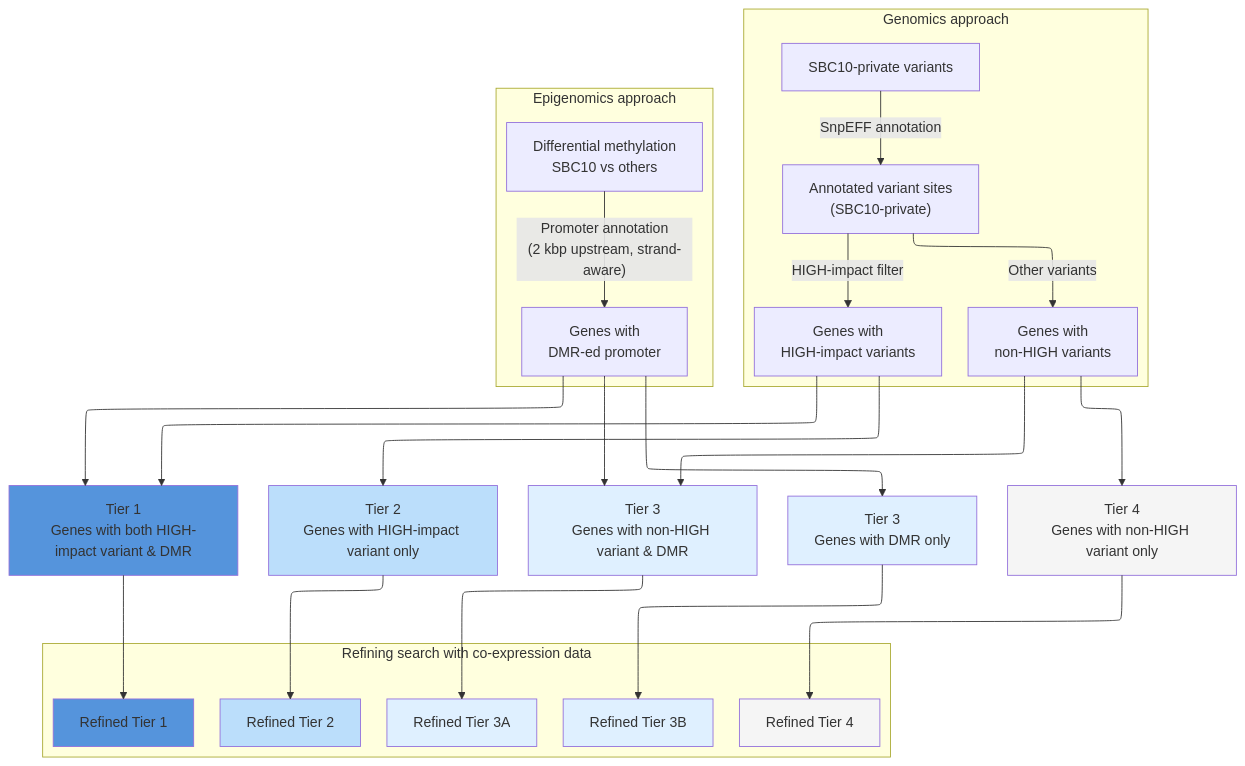
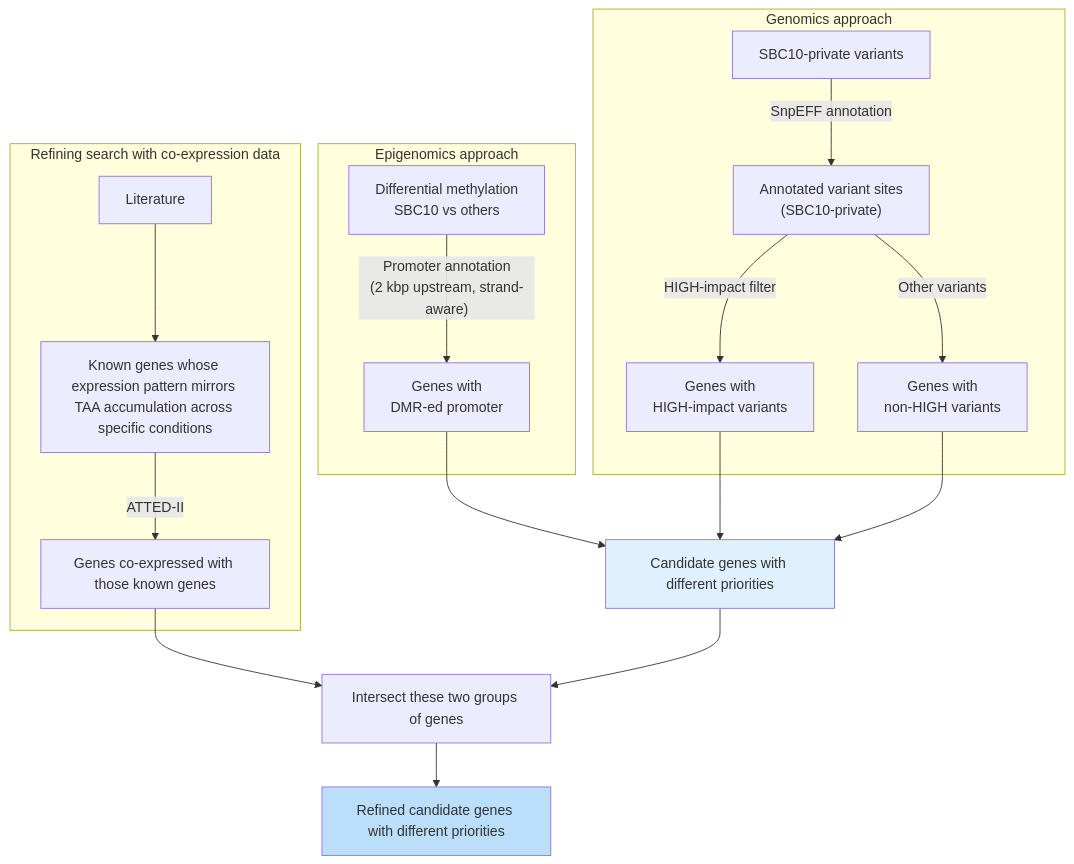
The second of 2 diagrams in analysis/03_TAA/TAA.md (daffaaprilio/masters_thesis), drawn with Mermaid before and after one commit. The commit also changed other lines of this file and 2 other files, not shown here.

Commit message:
Update stories' .md notes

````diff
--- a/analysis/03_TAA/TAA.md
+++ b/analysis/03_TAA/TAA.md
@@ -52,47 +52,37 @@
 ```mermaid
 ---
 config:
-  layout: elk
+  layout: dagre
 ---
-flowchart TD
+flowchart TB
  subgraph s1["Genomics approach"]
         VARPSBC10["SBC10-private variants"]
         ANNOTVARPSBC10["Annotated variant sites\n(SBC10-private)"]
         HIGHGENES["Genes with\nHIGH-impact variants"]
         OTHERGENES["Genes with\nnon-HIGH variants"]
   end
  subgraph s2["Epigenomics approach"]
         SBC10DMR["Differential methylation\nSBC10 vs others"]
         DMRGENES["Genes with\nDMR-ed promoter"]
   end
  subgraph s3["Refining search with co-expression data"]
-        TIER1R["Refined Tier 1"]
-        TIER2R["Refined Tier 2"]
-        TIER3AR["Refined Tier 3A"]
-        TIER3BR["Refined Tier 3B"]
-        TIER4R["Refined Tier 4"]
+        KNOWNGENE["Known genes whose expression pattern mirrors TAA accumulation across specific conditions"]
+        LIT["Literature"]
+        KNOWNCOEX["Genes co-expressed with those known genes"]
   end
+    LIT --> KNOWNGENE
+    KNOWNGENE -- "ATTED-II" --> KNOWNCOEX
+    KNOWNCOEX --> INTERSECT["Intersect these two groups of genes"]
     VARPSBC10 -- SnpEFF annotation --> ANNOTVARPSBC10
     ANNOTVARPSBC10 -- "HIGH-impact filter" --> HIGHGENES
     ANNOTVARPSBC10 -- Other variants --> OTHERGENES
     SBC10DMR -- "Promoter annotation\n(2 kbp upstream, strand-aware)" --> DMRGENES
-    HIGHGENES --> TIER1["Tier 1\nGenes with both HIGH-impact variant & DMR"] & TIER2["Tier 2\nGenes with HIGH-impact variant only"]
-    DMRGENES --> TIER1 & TIER3A["Tier 3\nGenes with non-HIGH variant & DMR"] & TIER3B["Tier 3\nGenes with DMR only"]
-    OTHERGENES --> TIER3A & TIER4["Tier 4\nGenes with non-HIGH variant only"]
-    TIER1 --> TIER1R
-    TIER2 --> TIER2R
-    TIER3A --> TIER3AR
-    TIER3B --> TIER3BR
-    TIER4 --> TIER4R
+    DMRGENES --> TIER["Candidate genes with different priorities"]
+    HIGHGENES --> TIER
+    OTHERGENES --> TIER
+    TIER --> INTERSECT
+    INTERSECT --> REFINED["Refined candidate genes with different priorities"]
 
-    style TIER1R fill:#5594dc
-    style TIER2R  fill:#BBDEFB
-    style TIER3AR  fill:#dff0ff
-    style TIER3BR  fill:#dff0ff
-    style TIER4R  fill:#f5f5f5
-    style TIER1  fill:#5594dc
-    style TIER2  fill:#BBDEFB
-    style TIER3A  fill:#dff0ff
-    style TIER3B  fill:#dff0ff
-    style TIER4  fill:#f5f5f5
+    style TIER fill:#dff0ff
+    style REFINED fill:#BBDEFB
 ```
````
